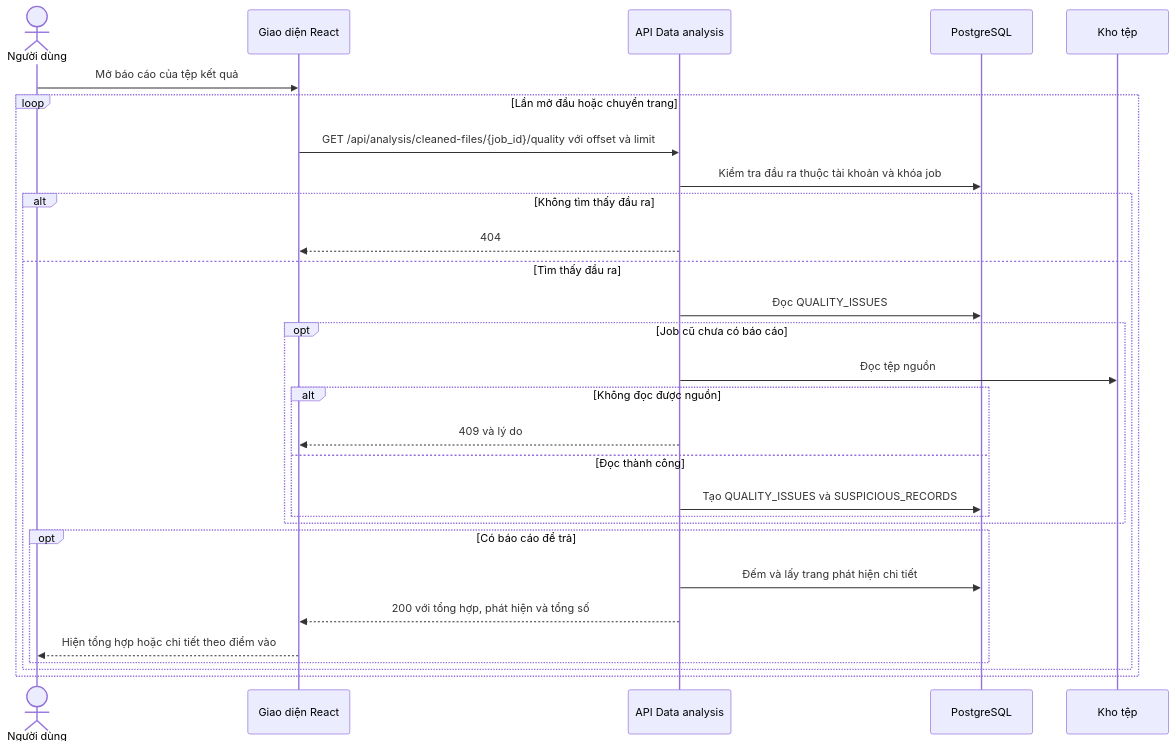
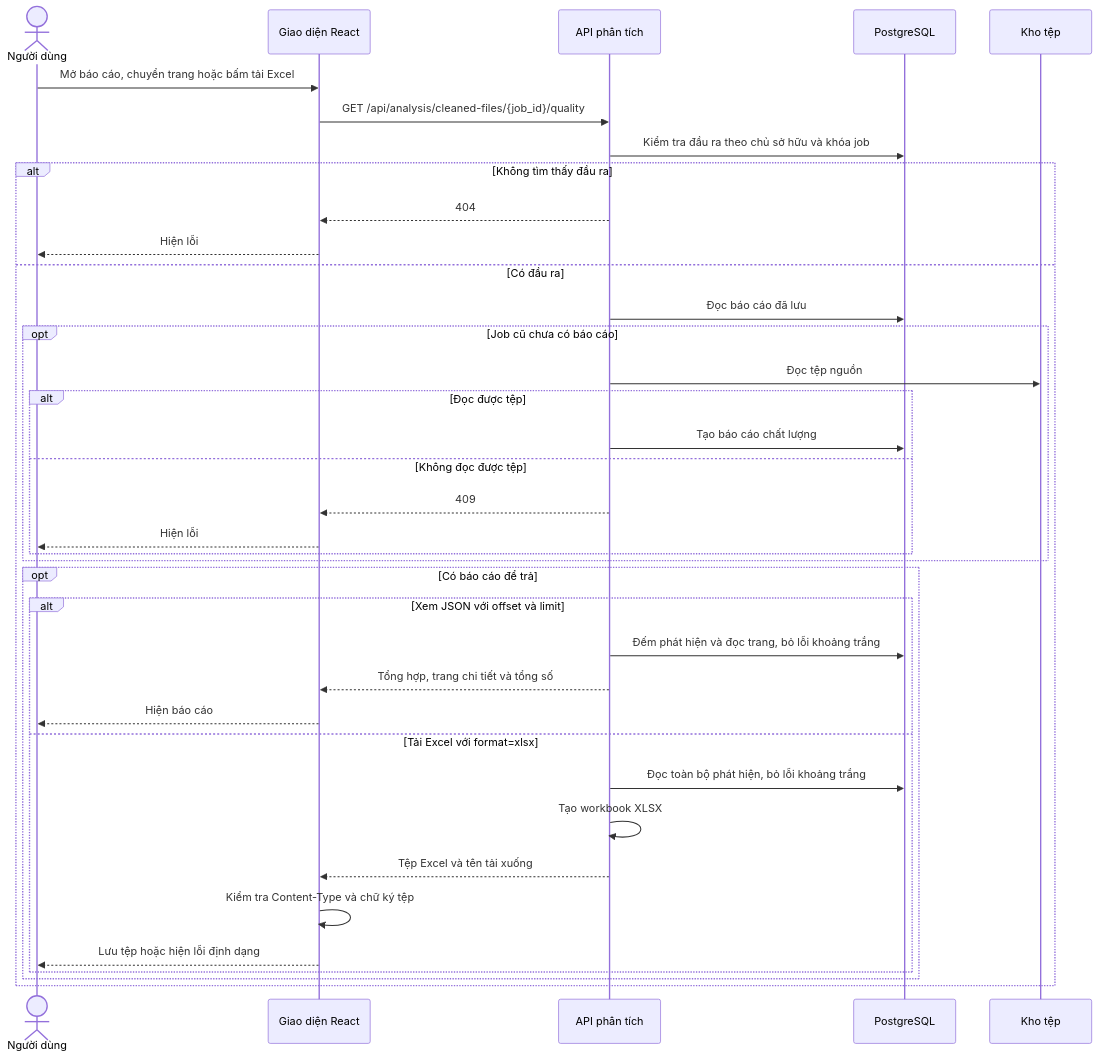
Before and after one commit to tuoicaominh/DATA-CLEANING-AND-ANALYSIS-: diagram 22 of 24 in docs/diagrams/So-do-activity-va-sequence.md, drawn with Mermaid. The commit also changed other lines of this file and 2 other files, not shown here.

First line of the commit message:
docs: Cập nhật sơ đồ và báo cáo chức năng làm sạch dữ liệu

````diff
--- a/docs/diagrams/So-do-activity-va-sequence.md
+++ b/docs/diagrams/So-do-activity-va-sequence.md
@@ -571,31 +577,39 @@
 ```mermaid
 sequenceDiagram
     actor U as Người dùng
     participant UI as Giao diện React
-    participant API as API Data analysis
+    participant API as API phân tích
     participant DB as PostgreSQL
     participant FS as Kho tệp
-    U->>UI: Mở báo cáo của tệp kết quả
-    loop Lần mở đầu hoặc chuyển trang
-        UI->>API: GET /api/analysis/cleaned-files/{job_id}/quality với offset và limit
-        API->>DB: Kiểm tra đầu ra thuộc tài khoản và khóa job
-        alt Không tìm thấy đầu ra
-            API-->>UI: 404
-        else Tìm thấy đầu ra
-            API->>DB: Đọc QUALITY_ISSUES
-            opt Job cũ chưa có báo cáo
-                API->>FS: Đọc tệp nguồn
-                alt Không đọc được nguồn
-                    API-->>UI: 409 và lý do
-                else Đọc thành công
-                    API->>DB: Tạo QUALITY_ISSUES và SUSPICIOUS_RECORDS
-                end
+    U->>UI: Mở báo cáo, chuyển trang hoặc bấm tải Excel
+    UI->>API: GET /api/analysis/cleaned-files/{job_id}/quality
+    API->>DB: Kiểm tra đầu ra theo chủ sở hữu và khóa job
+    alt Không tìm thấy đầu ra
+        API-->>UI: 404
+        UI-->>U: Hiện lỗi
+    else Có đầu ra
+        API->>DB: Đọc báo cáo đã lưu
+        opt Job cũ chưa có báo cáo
+            API->>FS: Đọc tệp nguồn
+            alt Đọc được tệp
+                API->>DB: Tạo báo cáo chất lượng
+            else Không đọc được tệp
+                API-->>UI: 409
+                UI-->>U: Hiện lỗi
             end
-            opt Có báo cáo để trả
-                API->>DB: Đếm và lấy trang phát hiện chi tiết
-                API-->>UI: 200 với tổng hợp, phát hiện và tổng số
-                UI-->>U: Hiện tổng hợp hoặc chi tiết theo điểm vào
+        end
+        opt Có báo cáo để trả
+            alt Xem JSON với offset và limit
+                API->>DB: Đếm phát hiện và đọc trang, bỏ lỗi khoảng trắng
+                API-->>UI: Tổng hợp, trang chi tiết và tổng số
+                UI-->>U: Hiện báo cáo
+            else Tải Excel với format=xlsx
+                API->>DB: Đọc toàn bộ phát hiện, bỏ lỗi khoảng trắng
+                API->>API: Tạo workbook XLSX
+                API-->>UI: Tệp Excel và tên tải xuống
+                UI->>UI: Kiểm tra Content-Type và chữ ký tệp
+                UI-->>U: Lưu tệp hoặc hiện lỗi định dạng
             end
         end
     end
 ```
````
